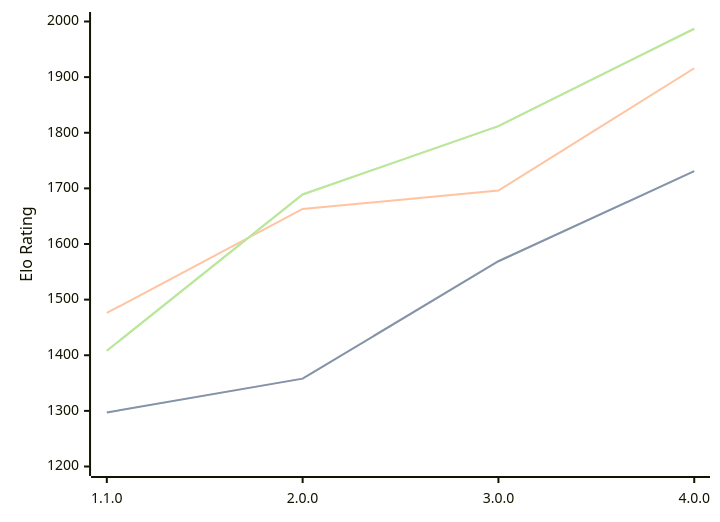
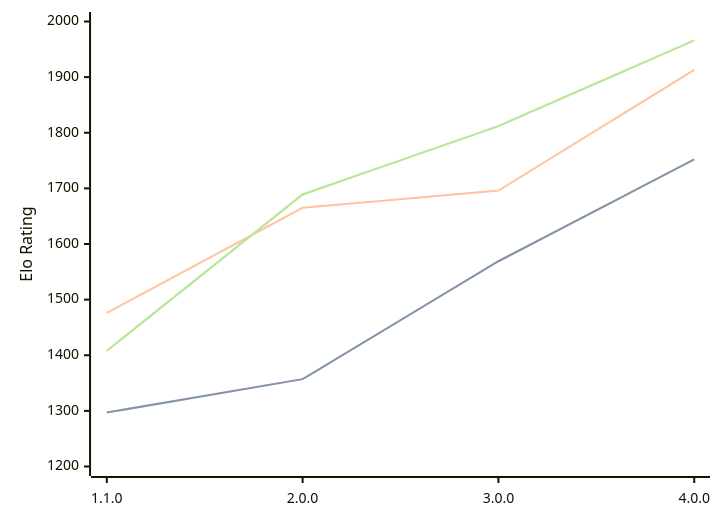
Before and after one commit to computer-chess-index/cci: the diagram in engines/Laura.md, drawn with Mermaid. The commit also changed other lines of this file, not shown here.

Commit message:
Update CCI Ratings (ELO VLTC) - 2026-05-21

````diff
--- a/engines/Laura.md
+++ b/engines/Laura.md
@@ -35,11 +35,11 @@
 ```mermaid
 %%{init: {"theme":"base","themeVariables":{"seriesColors:['#a3a3a3','#222221','#faa371']}}}%%
 xychart-beta
   x-axis ["1.1.0", "2.0.0", "3.0.0", "4.0.0"]
   y-axis "Elo Rating" 1200 --> 2000
-  line "STC (8.0+0.08s)" [1297, 1358, 1569, 1731]
-  line "STC (8.0+0.08s)" [1297, 1358, 1569, 1731]
-  line "LTC (60.0+0.60s)" [1476, 1663, 1696, 1916]
-  line "VLTC (2m24s+1.12s)" [1408, 1689, 1812, 1987]
-  line "VLTC (2m24s+1.12s)" [1408, 1689, 1812, 1987]
+  line "STC (8.0+0.08s)" [1297, 1357, 1569, 1752]
+  line "STC (8.0+0.08s)" [1297, 1357, 1569, 1752]
+  line "LTC (60.0+0.60s)" [1476, 1665, 1696, 1913]
+  line "VLTC (2m24s+1.12s)" [1408, 1689, 1812, 1966]
+  line "VLTC (2m24s+1.12s)" [1408, 1689, 1812, 1966]
 ```
````
